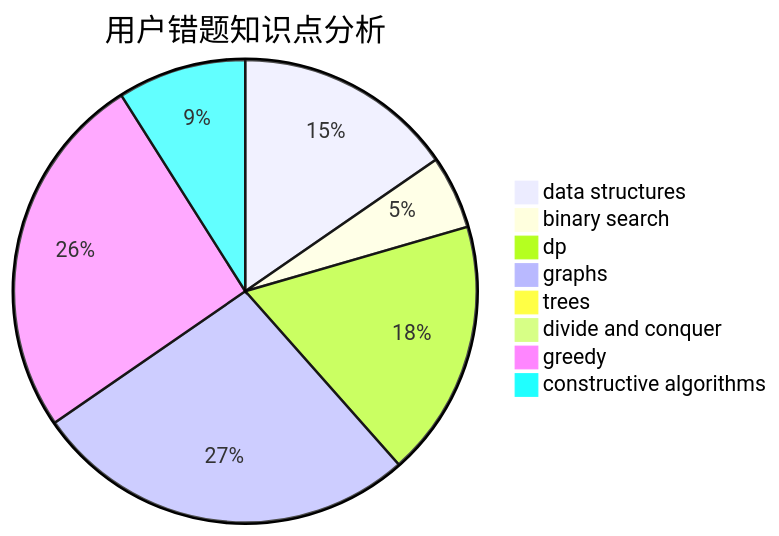
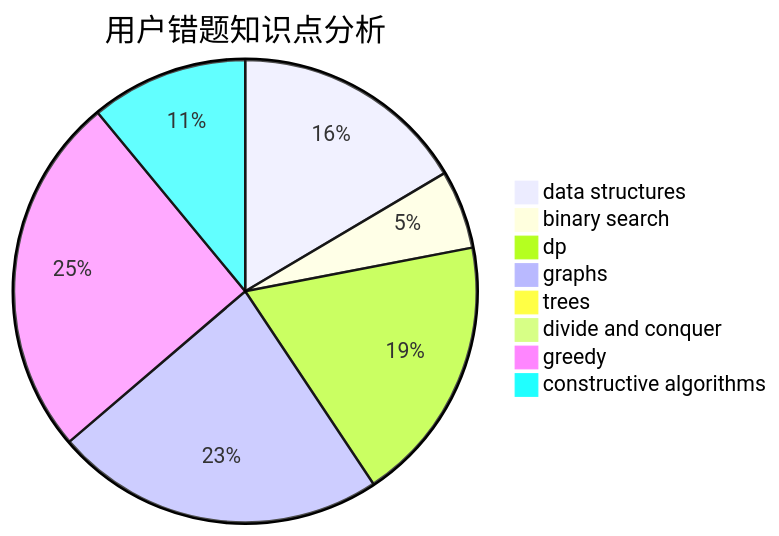
The third of 3 diagrams in docs/user/u784.md (sherpahu/cfrs.github.io), drawn with Mermaid before and after one commit. The commit also changed other lines of this file and 2770 other files, not shown here.

````diff
--- a/docs/user/u784.md
+++ b/docs/user/u784.md
@@ -36,11 +36,11 @@
 ```mermaid
 pie title 用户错题知识点分析
-    "data structures" :  12
-    "binary search" :  4
-    "dp" :  14
+    "data structures" :  15
+    "binary search" :  5
+    "dp" :  17
     "graphs" :  21
     "trees" :  0
     "divide and conquer" :  0
-    "greedy" :  20
-    "constructive algorithms" :  7
+    "greedy" :  23
+    "constructive algorithms" :  10
 ```
````
